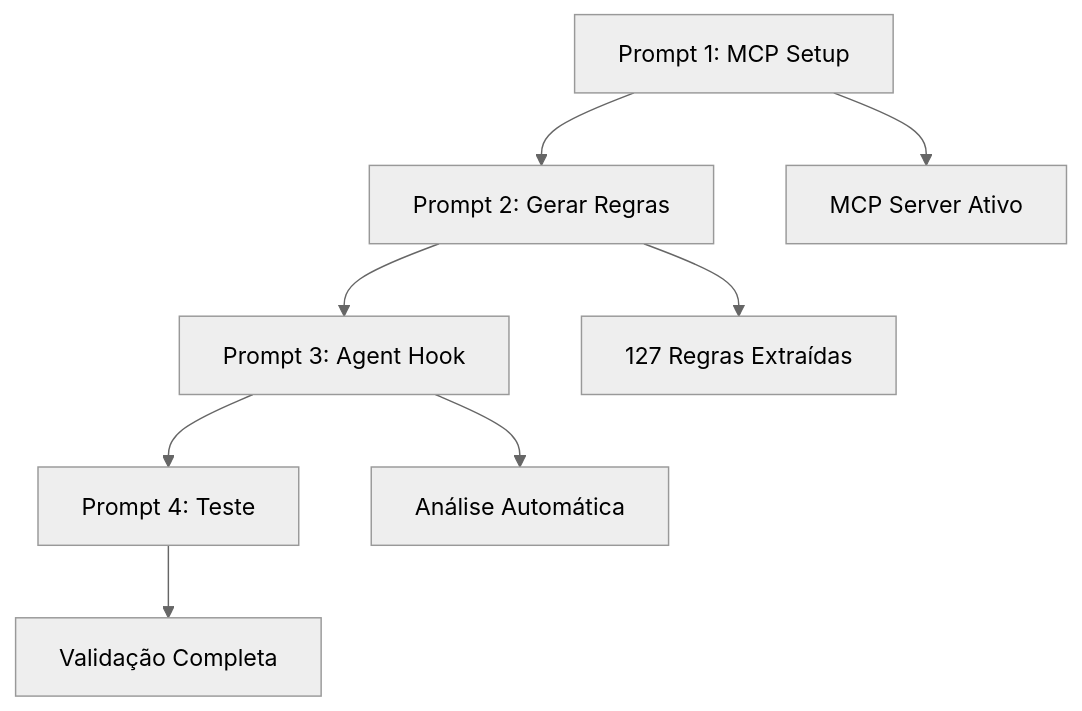
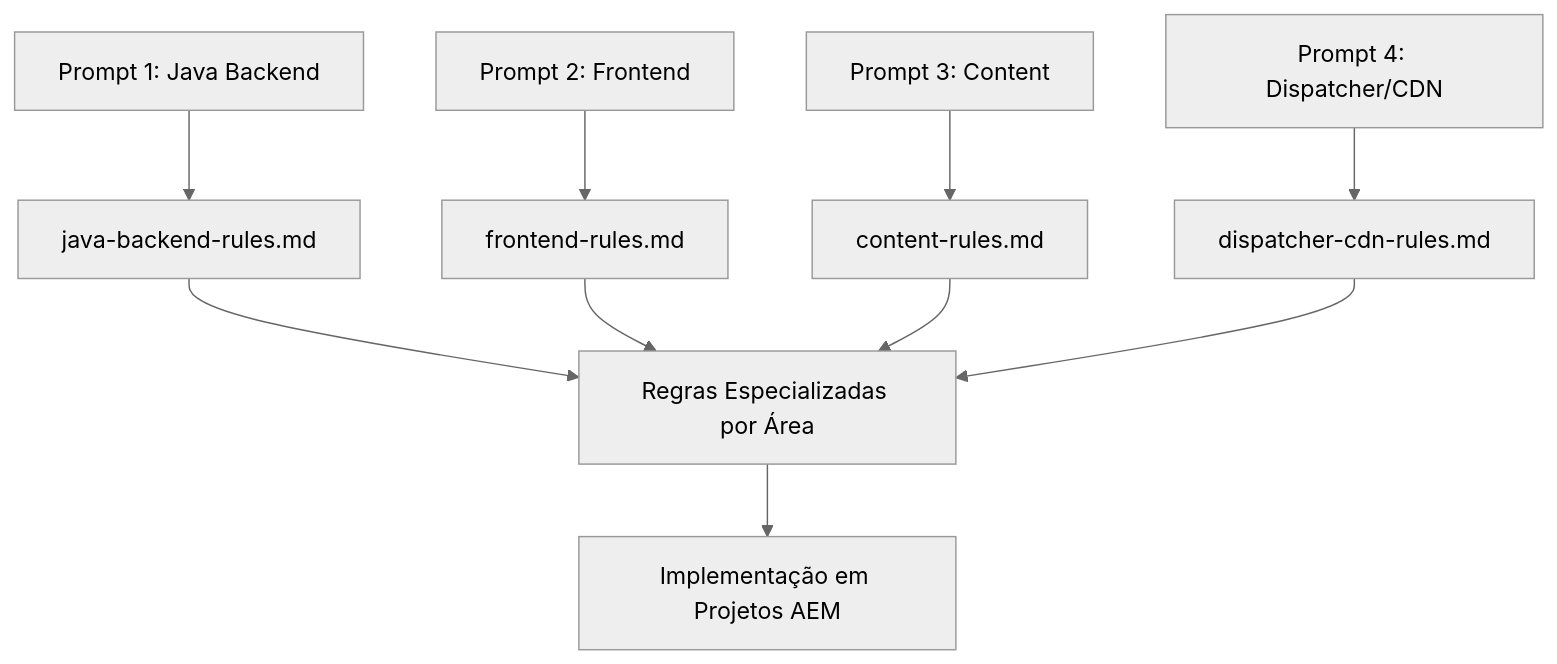
The diagram in aemcs-sonarqube-rules/README-ptbr.md (salomao-santos/awesome-aem-code-quality), drawn with Mermaid (neutral theme) before and after one commit. The commit also changed other lines of this file and 2 other files, not shown here.

````diff
--- a/aemcs-sonarqube-rules/README-ptbr.md
+++ b/aemcs-sonarqube-rules/README-ptbr.md
@@ -271,11 +278,14 @@
 ```mermaid
 graph TD
-    A[Prompt 1: MCP Setup] --> B[Prompt 2: Gerar Regras]
-    B --> C[Prompt 3: Agent Hook]
-    C --> D[Prompt 4: Teste]
+    A[Prompt 1: Java Backend] --> A1[java-backend-rules.md]
+    B[Prompt 2: Frontend] --> B1[frontend-rules.md]
+    C[Prompt 3: Content] --> C1[content-rules.md]
+    D[Prompt 4: Dispatcher/CDN] --> D1[dispatcher-cdn-rules.md]
     
-    A --> A1[MCP Server Ativo]
-    B --> B1[127 Regras Extraídas]
-    C --> C1[Análise Automática]
-    D --> D1[Validação Completa]
+    A1 --> F[Regras Especializadas por Área]
+    B1 --> F
+    C1 --> F
+    D1 --> F
+    
+    F --> G[Implementação em Projetos AEM]
 ```
````
